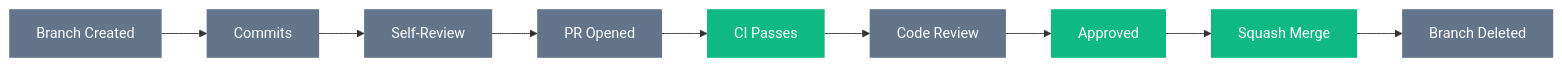
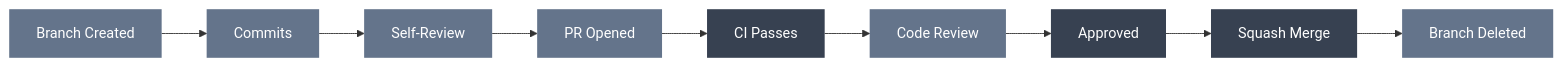
One commit to ashwingopalsamy/site changed the third of 3 diagrams in content/writing/git-practices-for-production-codebases.md. Above: the diagram before and after it, drawn with Mermaid. The commit also changed other lines of this file and 26 other files, not shown here.

```diff
--- a/content/writing/git-practices-for-production-codebases.md
+++ b/content/writing/git-practices-for-production-codebases.md
@@ -229,21 +229,21 @@
 {{< mermaid >}}
 graph LR
     A["Branch Created"] --> B["Commits"]
     B --> C["Self-Review"]
     C --> D["PR Opened"]
     D --> E["CI Passes"]
     E --> F["Code Review"]
     F --> G["Approved"]
     G --> H["Squash Merge"]
     H --> I["Branch Deleted"]
 
     style A fill:#64748b,color:#fff,stroke:none
     style B fill:#64748b,color:#fff,stroke:none
     style C fill:#64748b,color:#fff,stroke:none
     style D fill:#64748b,color:#fff,stroke:none
-    style E fill:#10b981,color:#fff,stroke:none
+    style E fill:#374151,color:#fff,stroke:none
     style F fill:#64748b,color:#fff,stroke:none
-    style G fill:#10b981,color:#fff,stroke:none
-    style H fill:#10b981,color:#fff,stroke:none
+    style G fill:#374151,color:#fff,stroke:none
+    style H fill:#374151,color:#fff,stroke:none
     style I fill:#64748b,color:#fff,stroke:none
 {{< /mermaid >}}
```
